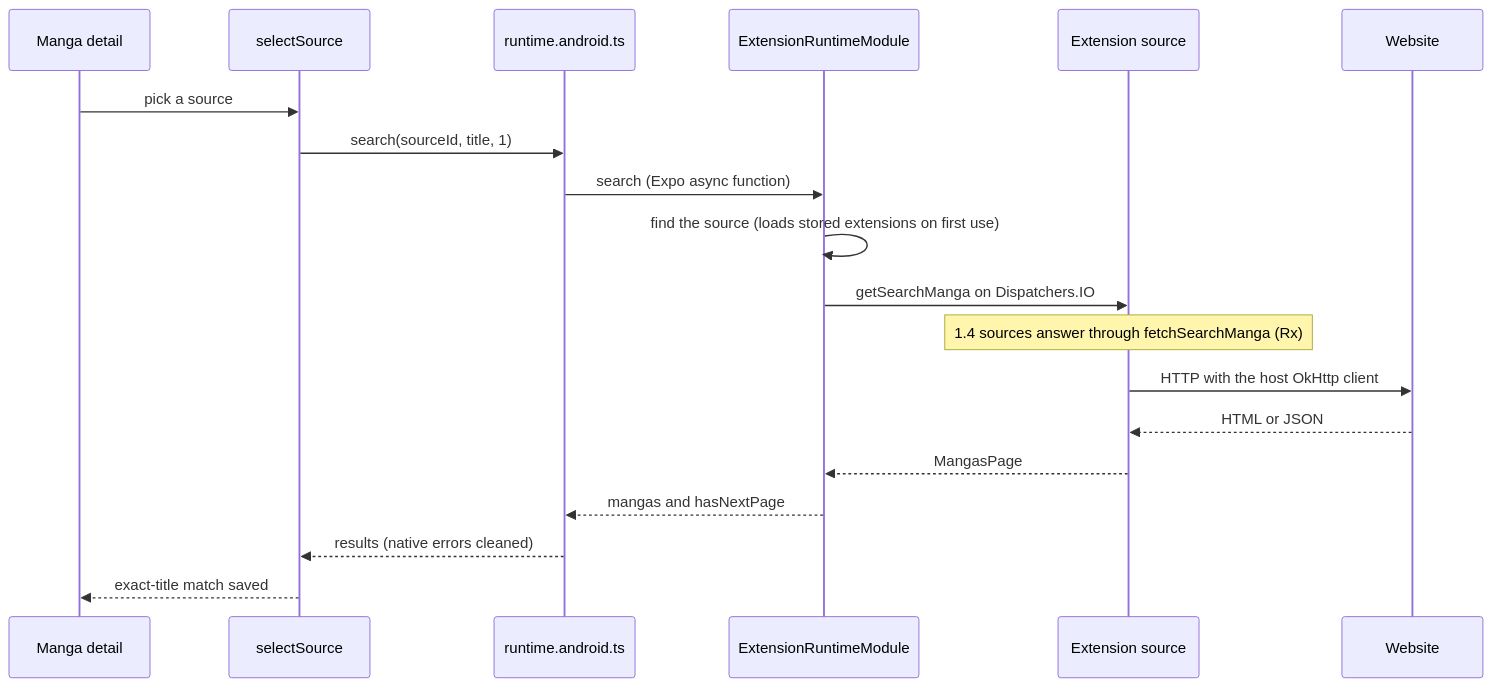
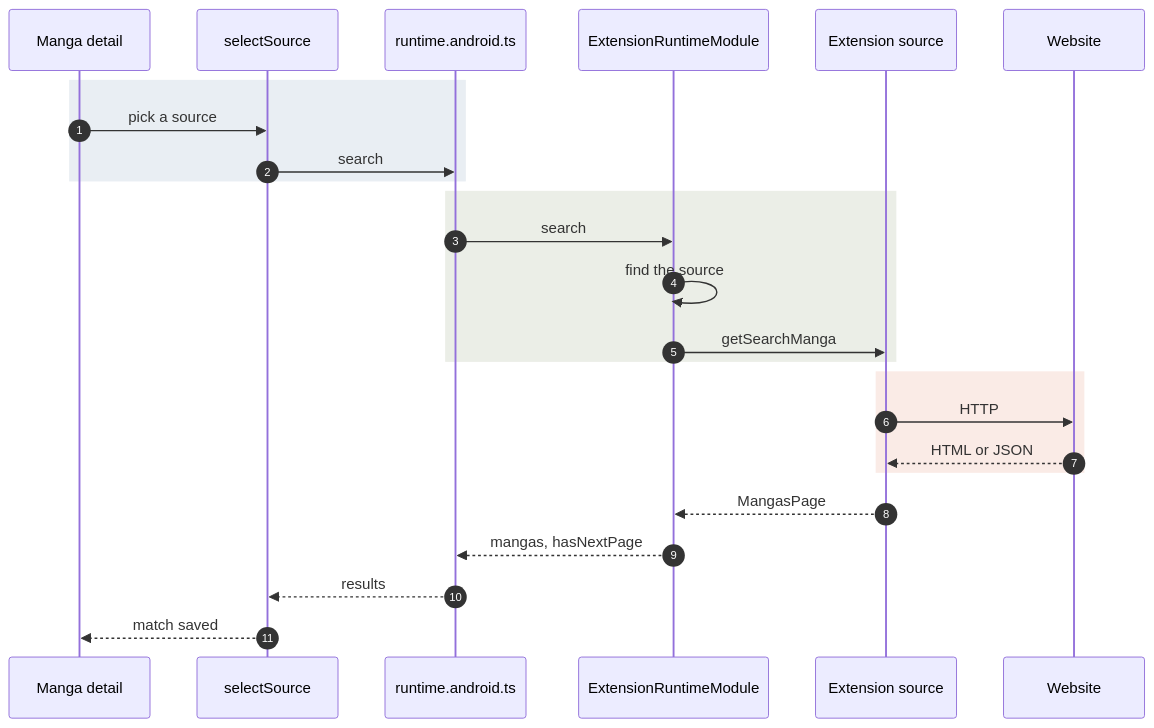
Before and after one commit to Carloss616/anipoex: the fourth of 7 diagrams in docs/extensions.md, drawn with Mermaid. The commit also changed other lines of this file and 1 other file, not shown here.

First line of the commit message:
docs: sync and source picking guide; extension diagrams read at a glance

````diff
--- a/docs/extensions.md
+++ b/docs/extensions.md
@@ -94,21 +125,27 @@
 ```mermaid
 sequenceDiagram
+    autonumber
     participant UI as Manga detail
     participant Store as selectSource
     participant Bridge as runtime.android.ts
     participant Module as ExtensionRuntimeModule
     participant Src as Extension source
     participant Site as Website
-    UI->>Store: pick a source
-    Store->>Bridge: search(sourceId, title, 1)
-    Bridge->>Module: search (Expo async function)
-    Module->>Module: find the source (loads stored extensions on first use)
-    Module->>Src: getSearchManga on Dispatchers.IO
-    Note over Src: 1.4 sources answer through fetchSearchManga (Rx)
-    Src->>Site: HTTP with the host OkHttp client
-    Site-->>Src: HTML or JSON
+    rect rgba(106,140,175,0.15)
+        UI->>Store: pick a source
+        Store->>Bridge: search
+    end
+    rect rgba(120,140,93,0.15)
+        Bridge->>Module: search
+        Module->>Module: find the source
+        Module->>Src: getSearchManga
+    end
+    rect rgba(217,119,87,0.15)
+        Src->>Site: HTTP
+        Site-->>Src: HTML or JSON
+    end
     Src-->>Module: MangasPage
-    Module-->>Bridge: mangas and hasNextPage
-    Bridge-->>Store: results (native errors cleaned)
-    Store-->>UI: exact-title match saved
+    Module-->>Bridge: mangas, hasNextPage
+    Bridge-->>Store: results
+    Store-->>UI: match saved
 ```
````
